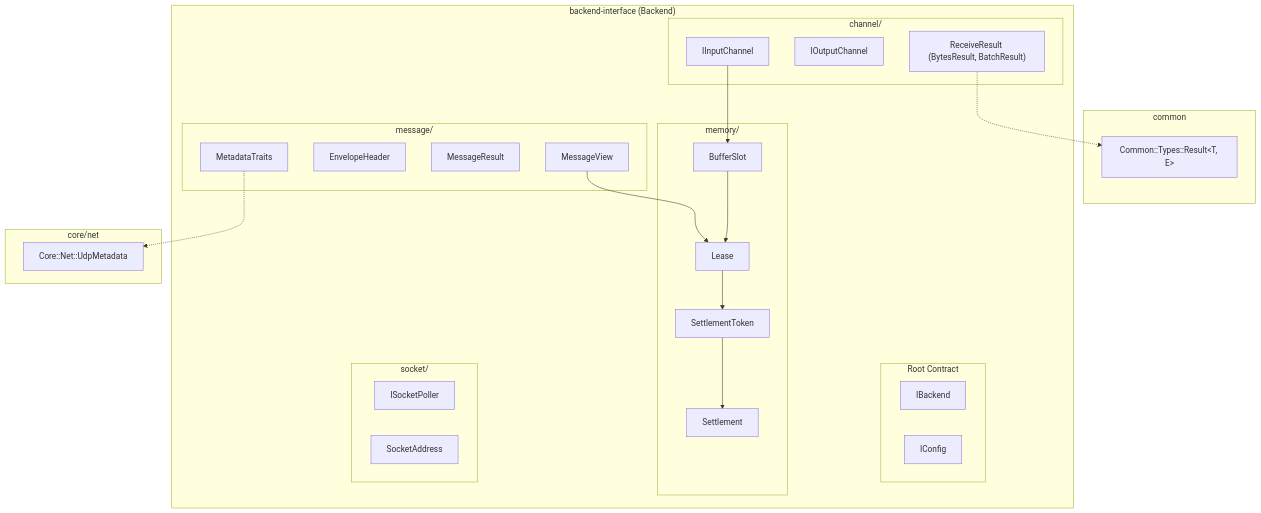
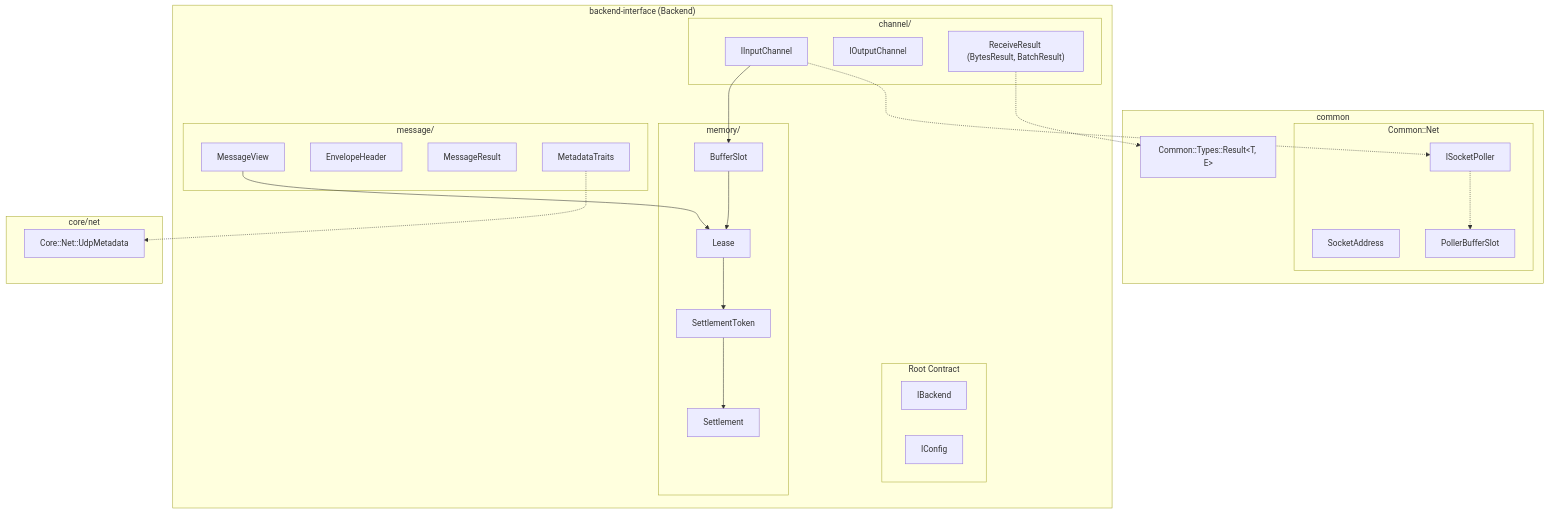
The diagram in docs/features/transport/008-backend-interface-domain-partitioning-and-relocation.md (notzain/proxy-pipeline), drawn with Mermaid before and after one commit. The commit also changed other lines of this file and 28 other files, not shown here.

Commit message:
refactor(net): relocate socket poller and address abstractions to Common::Net and add conditional liburing

````diff
--- a/docs/features/transport/008-backend-interface-domain-partitioning-and-relocation.md
+++ b/docs/features/transport/008-backend-interface-domain-partitioning-and-relocation.md
@@ -42,46 +49,49 @@
 ```mermaid
 graph TD
     subgraph Common ["common"]
         Result["Common::Types::Result&lt;T, E&gt;"]
+        subgraph Common_Net ["Common::Net"]
+            SA["SocketAddress"]
+            ISP["ISocketPoller"]
+            PBS["PollerBufferSlot"]
+        end
     end
 
     subgraph Backend_Interface ["backend-interface (Backend)"]
         subgraph Root ["Root Contract"]
             IB["IBackend"]
             IC["IConfig"]
         end
         subgraph Memory_Domain ["memory/"]
             BS["BufferSlot"]
             L["Lease"]
             ST["SettlementToken"]
             S["Settlement"]
         end
         subgraph Channel_Domain ["channel/"]
             IC_In["IInputChannel"]
             IC_Out["IOutputChannel"]
             RR["ReceiveResult (BytesResult, BatchResult)"]
         end
         subgraph Message_Domain ["message/"]
             MV["MessageView"]
             EH["EnvelopeHeader"]
             MR["MessageResult"]
             MT["MetadataTraits"]
         end
-        subgraph Socket_Domain ["socket/"]
-            ISP["ISocketPoller"]
-            SA["SocketAddress"]
-        end
     end
 
     subgraph Core_Net ["core/net"]
         UM["Core::Net::UdpMetadata"]
     end
 
     RR -.-> Result
     IC_In --> BS
     BS --> L
     L --> ST
     ST --> S
     MV --> L
     MT -.-> UM
+    ISP -.-> PBS
+    IC_In -.-> ISP
 ```
````
